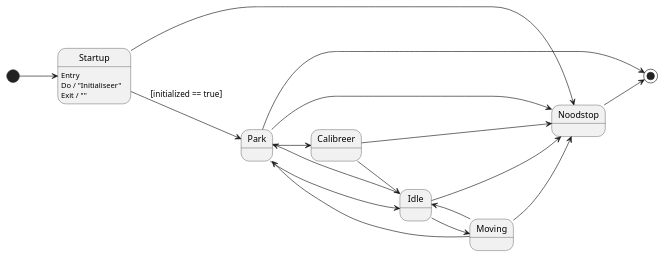
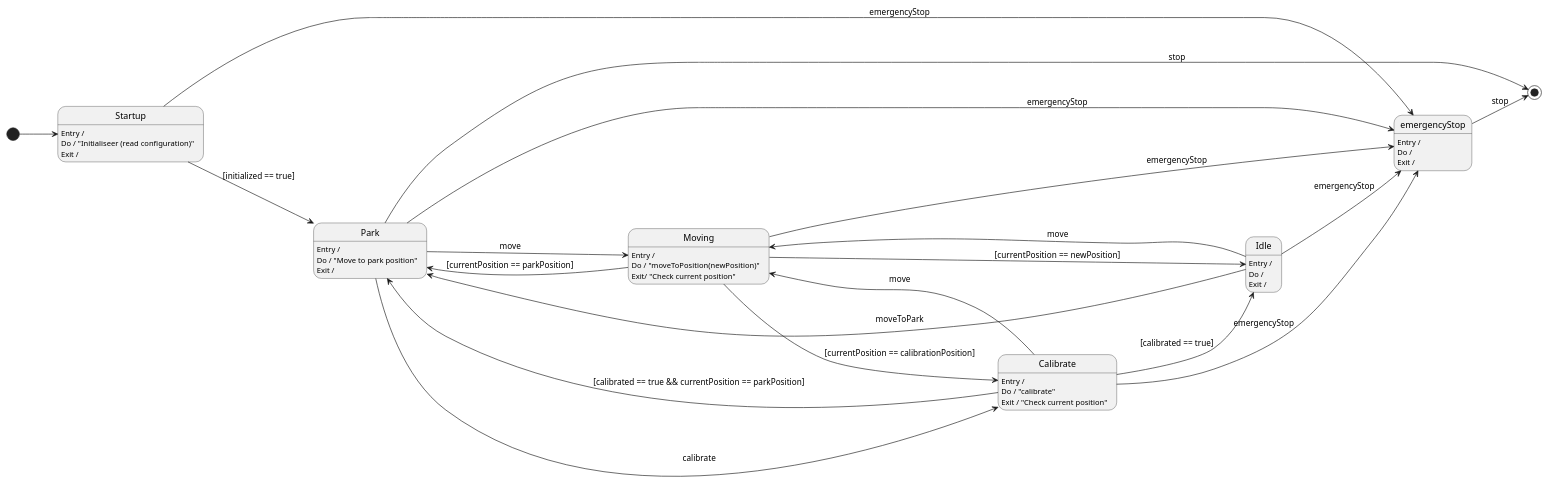
The diagram in documentation/StateDiagram.plantuml (JochemGrootherder1/WorWorld), drawn with PlantUML before and after one commit.

Commit message:
State diagram compleet

```diff
--- a/documentation/StateDiagram.plantuml
+++ b/documentation/StateDiagram.plantuml
@@ -1,41 +1,58 @@
 @startuml
 
 left to right direction
 
 state Startup
-Startup : Entry
-Startup : Do / "Initialiseer"
-Startup : Exit / ""
+Startup : Entry /
+Startup : Do / "Initialiseer (read configuration)"
+Startup : Exit /
 
 state Moving
+Moving : Entry /
+Moving : Do / "moveToPosition(newPosition)"
+Moving : Exit/ "Check current position"
 
 state Park
+Park : Entry /
+Park : Do / "Move to park position"
+Park : Exit /
 
-state Calibreer
+state Calibrate
+Calibrate : Entry / 
+Calibrate : Do / "calibrate"
+Calibrate : Exit / "Check current position"
 
 state Idle
+Idle : Entry /
+Idle : Do / 
+Idle : Exit /
 
+state emergencyStop
+emergencyStop : Entry /
+emergencyStop : Do /
+emergencyStop : Exit /
 
-
-state Noodstop
 
 [*] --> Startup
 Startup --> Park : [initialized == true]
-Park --> Idle 
-Park --> Calibreer
-Calibreer --> Idle
-Calibreer --> Noodstop
-Moving --> Idle
-Moving --> Park
-Idle --> Moving
-Idle --> Park
+Park --> Moving : move 
+Park --> Calibrate : calibrate
+Calibrate --> Idle : [calibrated == true]
+Moving --> Idle : [currentPosition == newPosition]
+Moving --> Park : [currentPosition == parkPosition]
+Idle --> Moving : move
+Idle --> Park : moveToPark
+Calibrate --> Moving : move
+Moving --> Calibrate : [currentPosition == calibrationPosition]
+Calibrate --> Park : [calibrated == true && currentPosition == parkPosition]
 
-Startup --> Noodstop
-Idle --> Noodstop
-Moving --> Noodstop
-Park --> Noodstop
+Calibrate --> emergencyStop : emergencyStop
+Startup --> emergencyStop : emergencyStop
+Idle --> emergencyStop : emergencyStop
+Moving --> emergencyStop : emergencyStop
+Park --> emergencyStop : emergencyStop
 
-Noodstop --> [*]
-Park --> [*]
+emergencyStop --> [*] : stop
+Park --> [*] : stop
 
 @enduml
```
